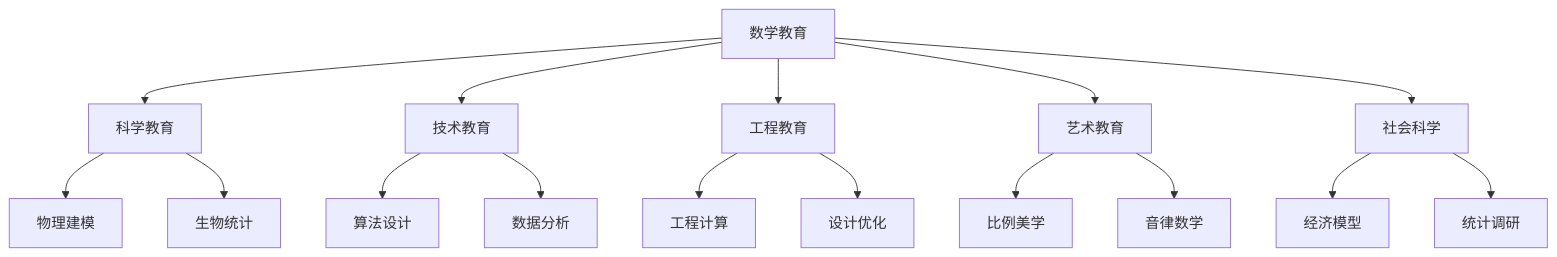
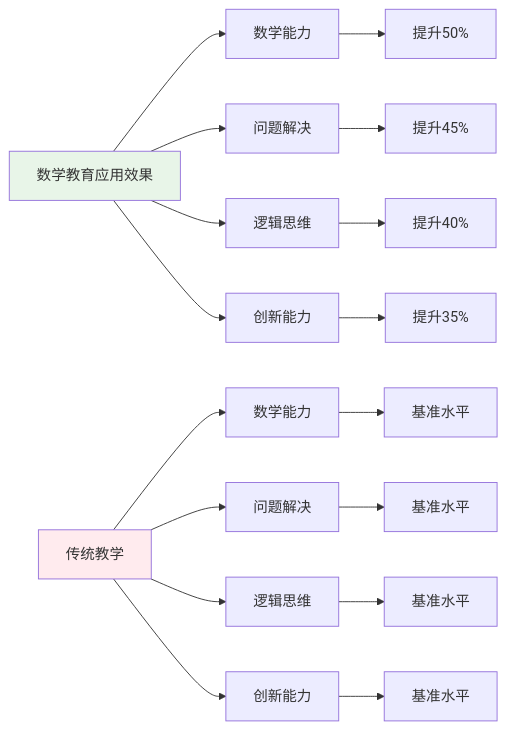
One commit to AdaMartin18010/SeniorEnducation changed diagram 13 of 15 in 02-核心学科理论/01-数学教育理论与实践.md. Above: the diagram before and after it, drawn with Mermaid. The commit also changed other lines of this file and 16 other files, not shown here.

````diff
--- a/02-核心学科理论/01-数学教育理论与实践.md
+++ b/02-核心学科理论/01-数学教育理论与实践.md
@@ -240,19 +604,25 @@
 ```mermaid
-graph TD
-    A[数学教育] --> B[科学教育]
-    A --> C[技术教育]
-    A --> D[工程教育]
-    A --> E[艺术教育]
-    A --> F[社会科学]
+graph LR
+    A[数学教育应用效果] --> B[数学能力]
+    A --> C[问题解决]
+    A --> D[逻辑思维]
+    A --> E[创新能力]
     
-    B --> G[物理建模]
-    B --> H[生物统计]
-    C --> I[算法设计]
-    C --> J[数据分析]
-    D --> K[工程计算]
-    D --> L[设计优化]
-    E --> M[比例美学]
-    E --> N[音律数学]
-    F --> O[经济模型]
-    F --> P[统计调研]
+    B --> B1[提升50%]
+    C --> C1[提升45%]
+    D --> D1[提升40%]
+    E --> E1[提升35%]
+    
+    F[传统教学] --> G[数学能力]
+    F --> H[问题解决]
+    F --> I[逻辑思维]
+    F --> J[创新能力]
+    
+    G --> G1[基准水平]
+    H --> H1[基准水平]
+    I --> I1[基准水平]
+    J --> J1[基准水平]
+    
+    style A fill:#e8f5e8
+    style F fill:#ffebee
 ```
````
